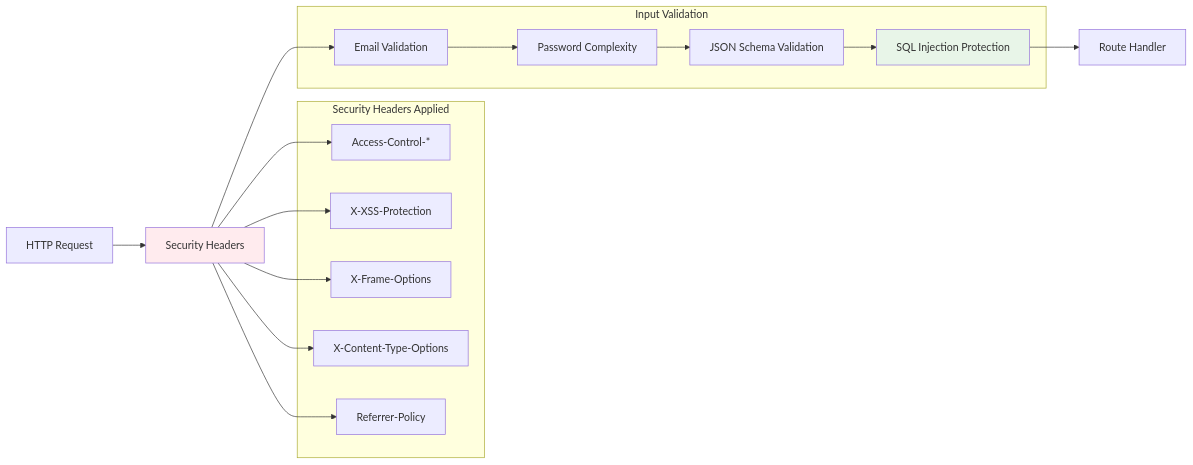
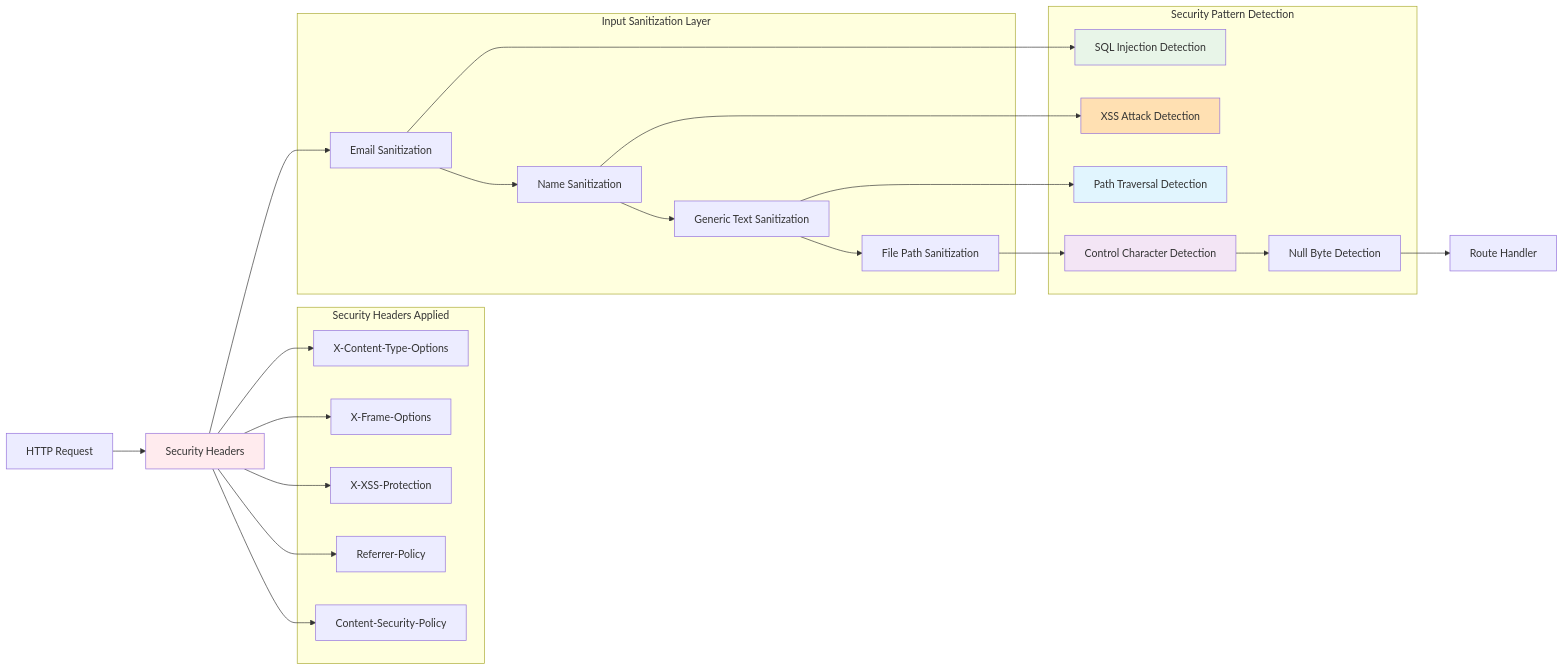
Before and after one commit to radek-zitek-cloud/pully-theta: diagram 18 of 27 in code/go-auth/auth-service/docs/ARCHITECTURE.md, drawn with Mermaid. The commit also changed other lines of this file, not shown here.

Commit message:
feat(docs): Update architecture documentation to enhance input sanitization section and add testing architecture details

````diff
--- a/code/go-auth/auth-service/docs/ARCHITECTURE.md
+++ b/code/go-auth/auth-service/docs/ARCHITECTURE.md
@@ -697,35 +919,52 @@
 ```mermaid
 graph LR
     REQ[HTTP Request] --> SEC_HEADERS[Security Headers]
     
     subgraph "Security Headers Applied"
-        CORS_H[Access-Control-*]
+        CONTENT[X-Content-Type-Options]
+        FRAME[X-Frame-Options]
         XSS[X-XSS-Protection]
-        FRAME[X-Frame-Options]
-        CONTENT[X-Content-Type-Options]
         REFERRER[Referrer-Policy]
+        CSP[Content-Security-Policy]
     end
     
-    SEC_HEADERS --> CORS_H
+    SEC_HEADERS --> CONTENT
+    SEC_HEADERS --> FRAME
     SEC_HEADERS --> XSS
-    SEC_HEADERS --> FRAME
-    SEC_HEADERS --> CONTENT
     SEC_HEADERS --> REFERRER
+    SEC_HEADERS --> CSP
     
-    subgraph "Input Validation"
-        EMAIL_VAL[Email Validation]
-        PASS_VAL[Password Complexity]
-        JSON_VAL[JSON Schema Validation]
-        SQL_PROTECT[SQL Injection Protection]
+    subgraph "Input Sanitization Layer"
+        EMAIL_SANITIZE[Email Sanitization]
+        NAME_SANITIZE[Name Sanitization]
+        TEXT_SANITIZE[Generic Text Sanitization]
+        PATH_SANITIZE[File Path Sanitization]
     end
     
-    SEC_HEADERS --> EMAIL_VAL
-    EMAIL_VAL --> PASS_VAL
-    PASS_VAL --> JSON_VAL
-    JSON_VAL --> SQL_PROTECT
+    subgraph "Security Pattern Detection"
+        SQL_DETECT[SQL Injection Detection]
+        XSS_DETECT[XSS Attack Detection]
+        PATH_DETECT[Path Traversal Detection]
+        CONTROL_DETECT[Control Character Detection]
+        NULL_DETECT[Null Byte Detection]
+    end
     
-    SQL_PROTECT --> HANDLER[Route Handler]
+    SEC_HEADERS --> EMAIL_SANITIZE
+    EMAIL_SANITIZE --> NAME_SANITIZE
+    NAME_SANITIZE --> TEXT_SANITIZE
+    TEXT_SANITIZE --> PATH_SANITIZE
+    
+    EMAIL_SANITIZE --> SQL_DETECT
+    NAME_SANITIZE --> XSS_DETECT
+    TEXT_SANITIZE --> PATH_DETECT
+    PATH_SANITIZE --> CONTROL_DETECT
+    CONTROL_DETECT --> NULL_DETECT
+    
+    NULL_DETECT --> HANDLER[Route Handler]
     
     style SEC_HEADERS fill:#FFEBEE
-    style SQL_PROTECT fill:#E8F5E8
+    style SQL_DETECT fill:#E8F5E8
+    style XSS_DETECT fill:#FFE0B2
+    style PATH_DETECT fill:#E1F5FE
+    style CONTROL_DETECT fill:#F3E5F5
 ```
````
